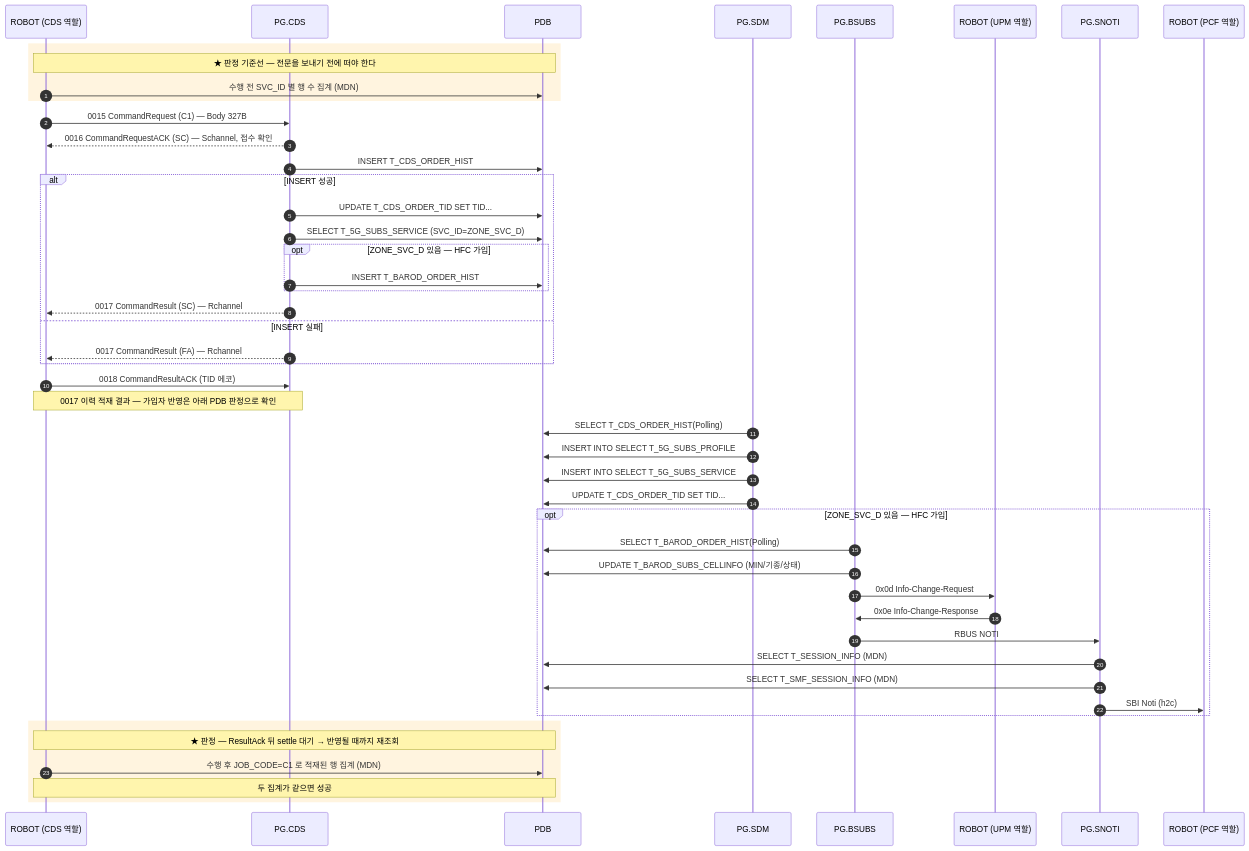
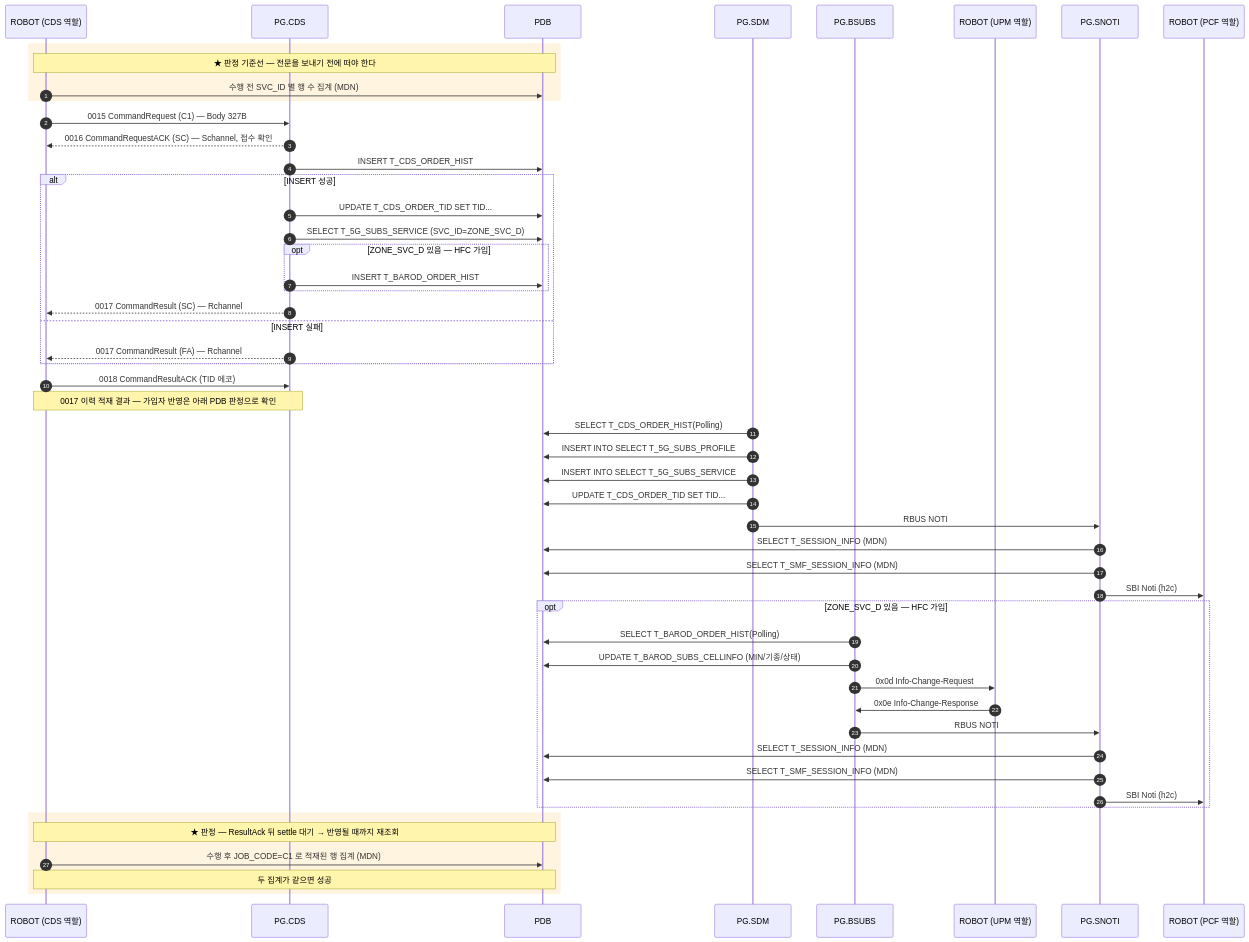
One commit to IanKim2030/tc4robot changed the sixth of 11 diagrams in docs/callflow/cds_callflow.md. Above: the diagram before and after it, drawn with Mermaid. The commit also changed other lines of this file and 2 other files, not shown here.

First line of the commit message:
docs(callflow): C1/G1/D3 콜플로우에 SDM 쪽 무조건 SBI Noti 경로 추가

````diff
--- a/docs/callflow/cds_callflow.md
+++ b/docs/callflow/cds_callflow.md
@@ -550,52 +556,56 @@
 ```mermaid
 sequenceDiagram
     autonumber
     participant TOOL as ROBOT (CDS 역할)
     participant PCDS as PG.CDS
     participant PDB as PDB
     participant SDM as PG.SDM
     participant BSUBS as PG.BSUBS
     participant UPM as ROBOT (UPM 역할)
     participant SNOTI as PG.SNOTI
     participant PCF as ROBOT (PCF 역할)
 
     rect rgba(255, 176, 32, 0.14)
     Note over TOOL,PDB: ★ 판정 기준선 — 전문을 보내기 전에 떠야 한다
         TOOL->>PDB: 수행 전 SVC_ID 별 행 수 집계 (MDN)
     end
     TOOL->>PCDS: 0015 CommandRequest (C1) — Body 327B
     PCDS-->>TOOL: 0016 CommandRequestACK (SC) — Schannel, 접수 확인
     PCDS->>PDB: INSERT T_CDS_ORDER_HIST
     alt INSERT 성공
         PCDS->>PDB: UPDATE T_CDS_ORDER_TID SET TID...
         PCDS->>PDB: SELECT T_5G_SUBS_SERVICE (SVC_ID=ZONE_SVC_D)
         opt ZONE_SVC_D 있음 — HFC 가입
             PCDS->>PDB: INSERT T_BAROD_ORDER_HIST
         end
         PCDS-->>TOOL: 0017 CommandResult (SC) — Rchannel
     else INSERT 실패
         PCDS-->>TOOL: 0017 CommandResult (FA) — Rchannel
     end
     TOOL->>PCDS: 0018 CommandResultACK (TID 에코)
     Note over TOOL,PCDS: 0017 이력 적재 결과 — 가입자 반영은 아래 PDB 판정으로 확인
 
     SDM->>PDB: SELECT T_CDS_ORDER_HIST(Polling)
     SDM->>PDB: INSERT INTO SELECT T_5G_SUBS_PROFILE
     SDM->>PDB: INSERT INTO SELECT T_5G_SUBS_SERVICE
     SDM->>PDB: UPDATE T_CDS_ORDER_TID SET TID...
+    SDM->>SNOTI: RBUS NOTI
+    SNOTI->>PDB: SELECT T_SESSION_INFO (MDN)
+    SNOTI->>PDB: SELECT T_SMF_SESSION_INFO (MDN)
+    SNOTI->>PCF: SBI Noti (h2c)
     opt ZONE_SVC_D 있음 — HFC 가입
         BSUBS->>PDB: SELECT T_BAROD_ORDER_HIST(Polling)
         BSUBS->>PDB: UPDATE T_BAROD_SUBS_CELLINFO (MIN/기종/상태)
         BSUBS->>UPM: 0x0d Info-Change-Request
         UPM->>BSUBS: 0x0e Info-Change-Response
         BSUBS->>SNOTI: RBUS NOTI
         SNOTI->>PDB: SELECT T_SESSION_INFO (MDN)
         SNOTI->>PDB: SELECT T_SMF_SESSION_INFO (MDN)
         SNOTI->>PCF: SBI Noti (h2c)
     end
     rect rgba(255, 176, 32, 0.14)
     Note over TOOL,PDB: ★ 판정 — ResultAck 뒤 settle 대기 → 반영될 때까지 재조회
         TOOL->>PDB: 수행 후 JOB_CODE=C1 로 적재된 행 집계 (MDN)
         Note over TOOL,PDB: 두 집계가 같으면 성공
     end
 ```
````
